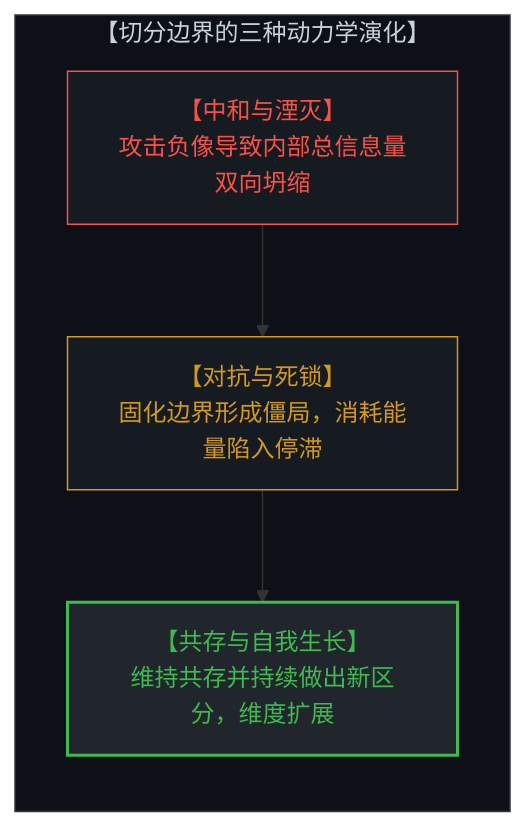
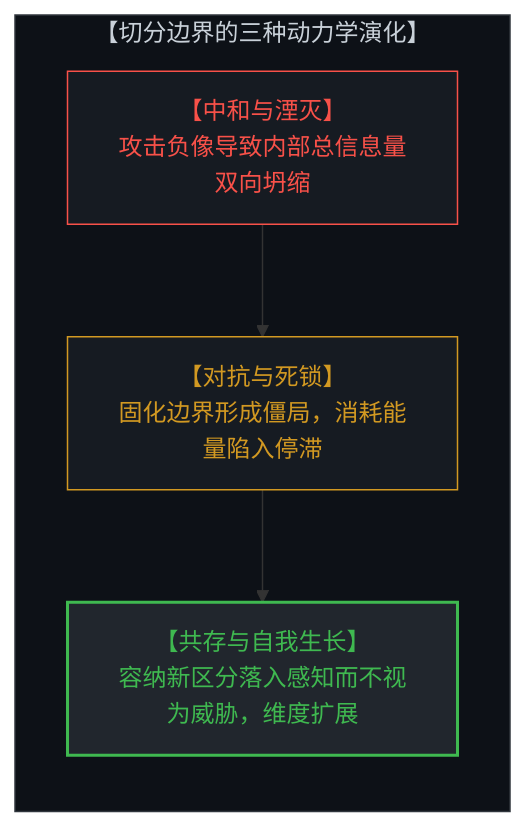
The fifth of 6 diagrams in content/posts/the-geometry-of-coexistence-and-the-dual-cut.md (powerpig99/not-a-toe), drawn with Mermaid before and after one commit. The commit also changed other lines of this file and 3 other files, not shown here.

````diff
--- a/content/posts/the-geometry-of-coexistence-and-the-dual-cut.md
+++ b/content/posts/the-geometry-of-coexistence-and-the-dual-cut.md
@@ -169,15 +169,15 @@
 ```mermaid
 graph TD
     subgraph CutDynamics["【切分边界的三种动力学演化】"]
         direction TB
         AnnihilationNode["【中和与湮灭】<br>攻击负像导致内部总信息量双向坍缩"]
         DeadlockNode["【对抗与死锁】<br>固化边界形成僵局，消耗能量陷入停滞"]
-        SelfGrowthNode["【共存与自我生长】<br>维持共存并持续做出新区分，维度扩展"]
+        SelfGrowthNode["【共存与自我生长】<br>容纳新区分落入感知而不视为威胁，维度扩展"]
         AnnihilationNode --> DeadlockNode
         DeadlockNode --> SelfGrowthNode
     end
     style CutDynamics fill:#0d1117,stroke:#30363d,stroke-width:1px,color:#c9d1d9
     style AnnihilationNode fill:#161b22,stroke:#f85149,stroke-width:1px,color:#f85149
     style DeadlockNode fill:#161b22,stroke:#d29922,stroke-width:1px,color:#d29922
     style SelfGrowthNode fill:#21262d,stroke:#3fb950,stroke-width:2px,color:#3fb950
 ```
````
